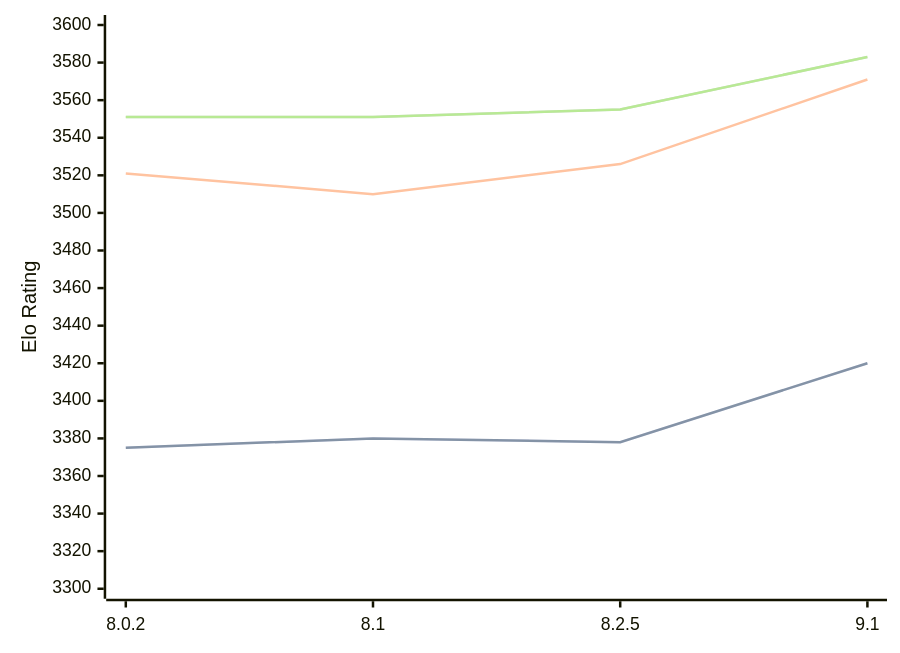
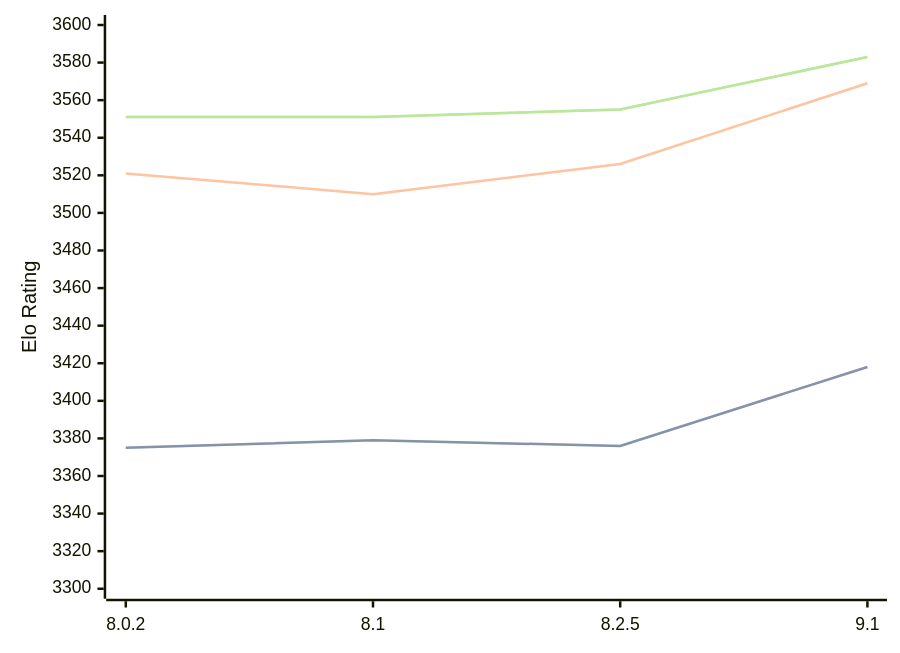
One commit to computer-chess-index/cci changed the diagram in engines/Clover.md. Above: the diagram before and after it, drawn with Mermaid. The commit also changed other lines of this file, not shown here.

````diff
--- a/engines/Clover.md
+++ b/engines/Clover.md
@@ -64,11 +64,11 @@
 ```mermaid
 %%{init: {"theme":"base","themeVariables":{"seriesColors:['#a3a3a3','#222221','#faa371']}}}%%
 xychart-beta
   x-axis ["8.0.2", "8.1", "8.2.5", "9.1"]
   y-axis "Elo Rating" 3300 --> 3600
-  line "STC (8.0+0.08s)" [3375, 3380, 3378, 3420]
-  line "STC (8.0+0.08s)" [3375, 3380, 3378, 3420]
-  line "LTC (60.0+0.60s)" [3521, 3510, 3526, 3571]
+  line "STC (8.0+0.08s)" [3375, 3379, 3376, 3418]
+  line "STC (8.0+0.08s)" [3375, 3379, 3376, 3418]
+  line "LTC (60.0+0.60s)" [3521, 3510, 3526, 3569]
   line "VLTC (2m24s+1.12s)" [3551, 3551, 3555, 3583]
   line "VLTC (2m24s+1.12s)" [3551, 3551, 3555, 3583]
 ```
````
